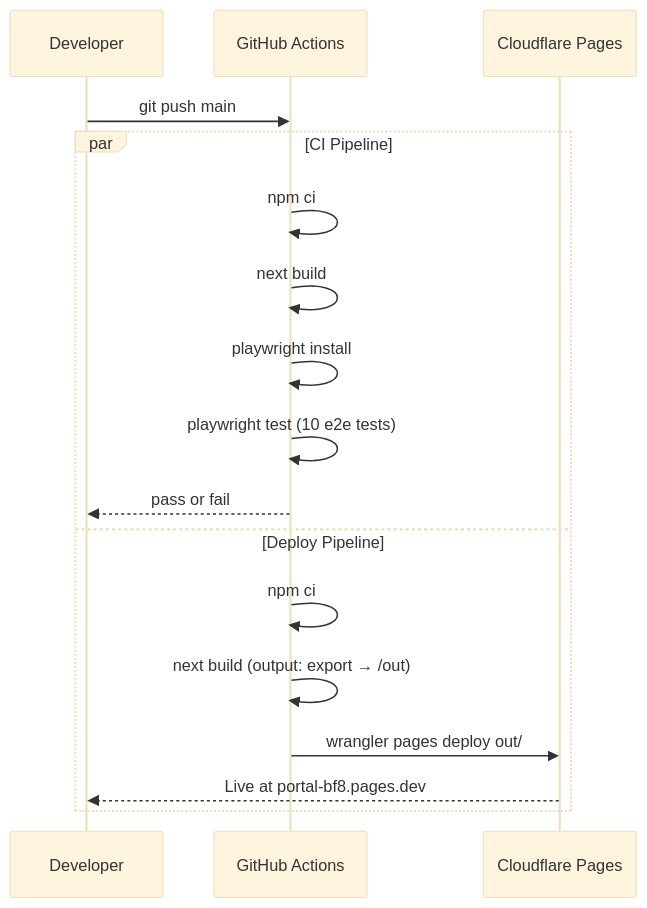
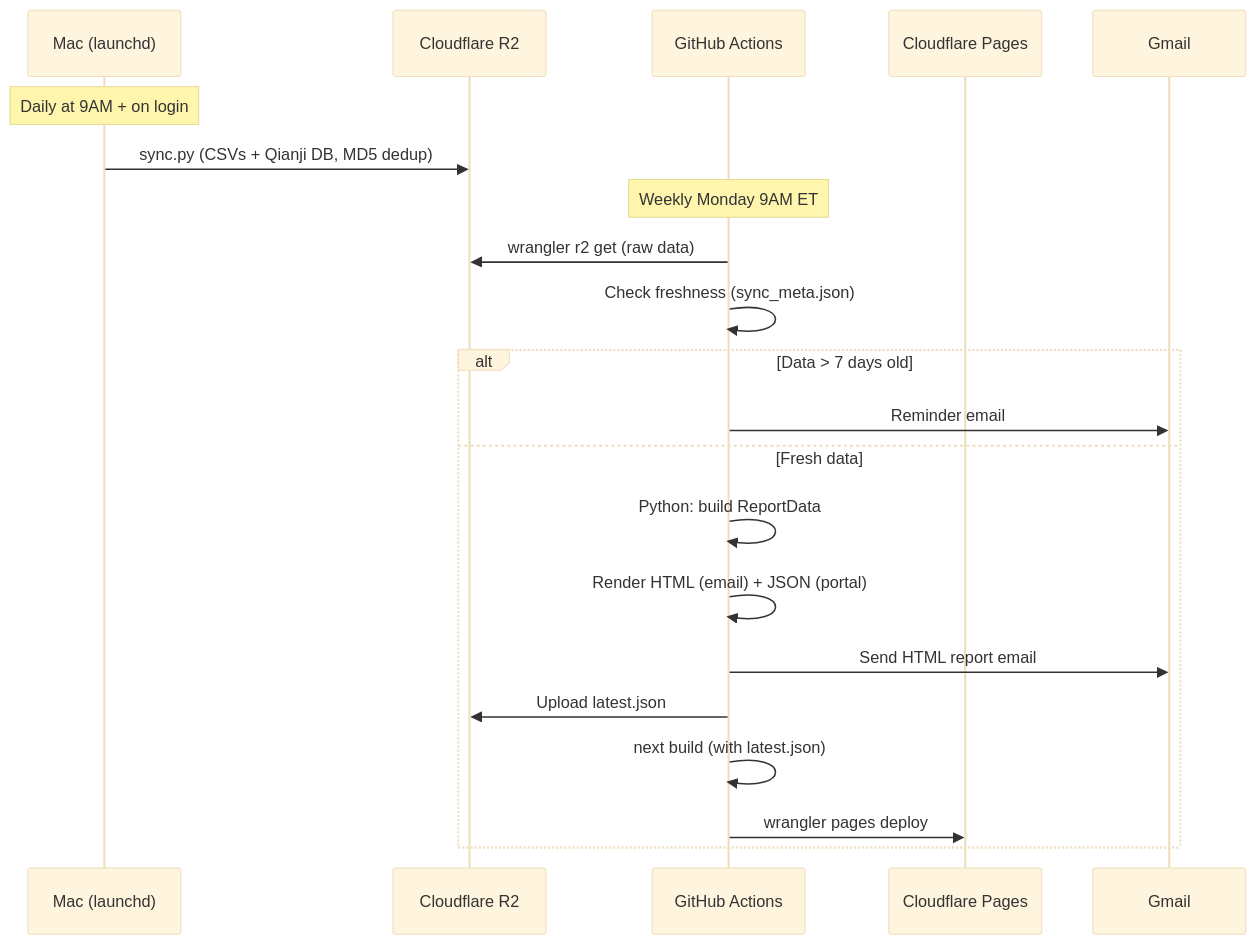
Before and after one commit to Guoyuer/portal: the second of 4 diagrams in README.md, drawn with Mermaid (base theme). The commit also changed other lines of this file, not shown here.

Commit message:
docs: Update README to reflect complete pipeline architecture

````diff
--- a/README.md
+++ b/README.md
@@ -42,20 +45,25 @@
 ```mermaid
 sequenceDiagram
-    participant Dev as Developer
-    participant GH as GitHub Actions
+    participant Mac as Mac (launchd)
+    participant R2 as Cloudflare R2
+    participant GA as GitHub Actions
     participant CF as Cloudflare Pages
+    participant GM as Gmail
 
-    Dev->>GH: git push main
-    par CI Pipeline
-        GH->>GH: npm ci
-        GH->>GH: next build
-        GH->>GH: playwright install
-        GH->>GH: playwright test (10 e2e tests)
-        GH-->>Dev: pass or fail
-    and Deploy Pipeline
-        GH->>GH: npm ci
-        GH->>GH: next build (output: export → /out)
-        GH->>CF: wrangler pages deploy out/
-        CF-->>Dev: Live at portal-bf8.pages.dev
+    Note over Mac: Daily at 9AM + on login
+    Mac->>R2: sync.py (CSVs + Qianji DB, MD5 dedup)
+
+    Note over GA: Weekly Monday 9AM ET
+    GA->>R2: wrangler r2 get (raw data)
+    GA->>GA: Check freshness (sync_meta.json)
+    alt Data > 7 days old
+        GA->>GM: Reminder email
+    else Fresh data
+        GA->>GA: Python: build ReportData
+        GA->>GA: Render HTML (email) + JSON (portal)
+        GA->>GM: Send HTML report email
+        GA->>R2: Upload latest.json
+        GA->>GA: next build (with latest.json)
+        GA->>CF: wrangler pages deploy
     end
 ```
````
